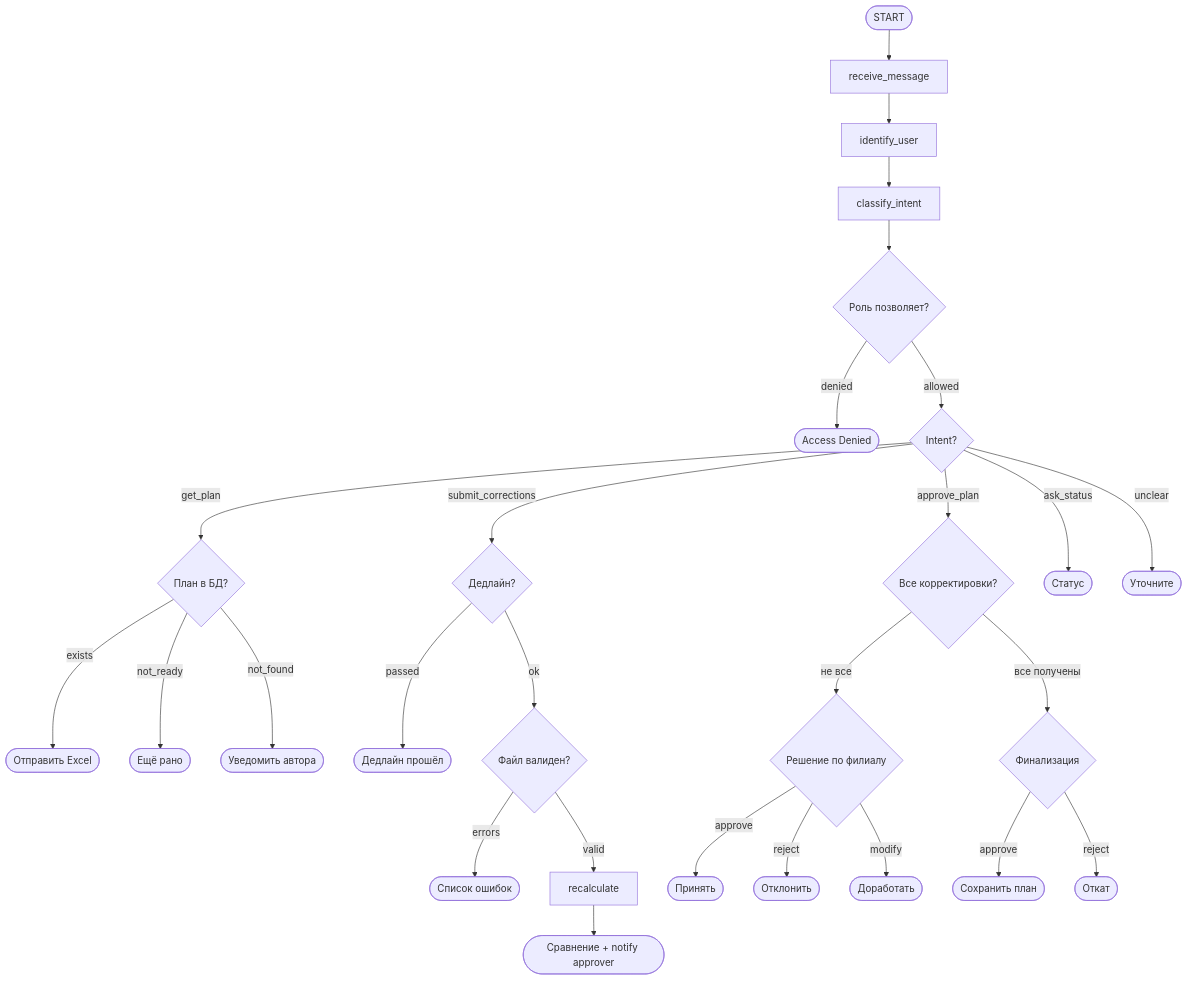
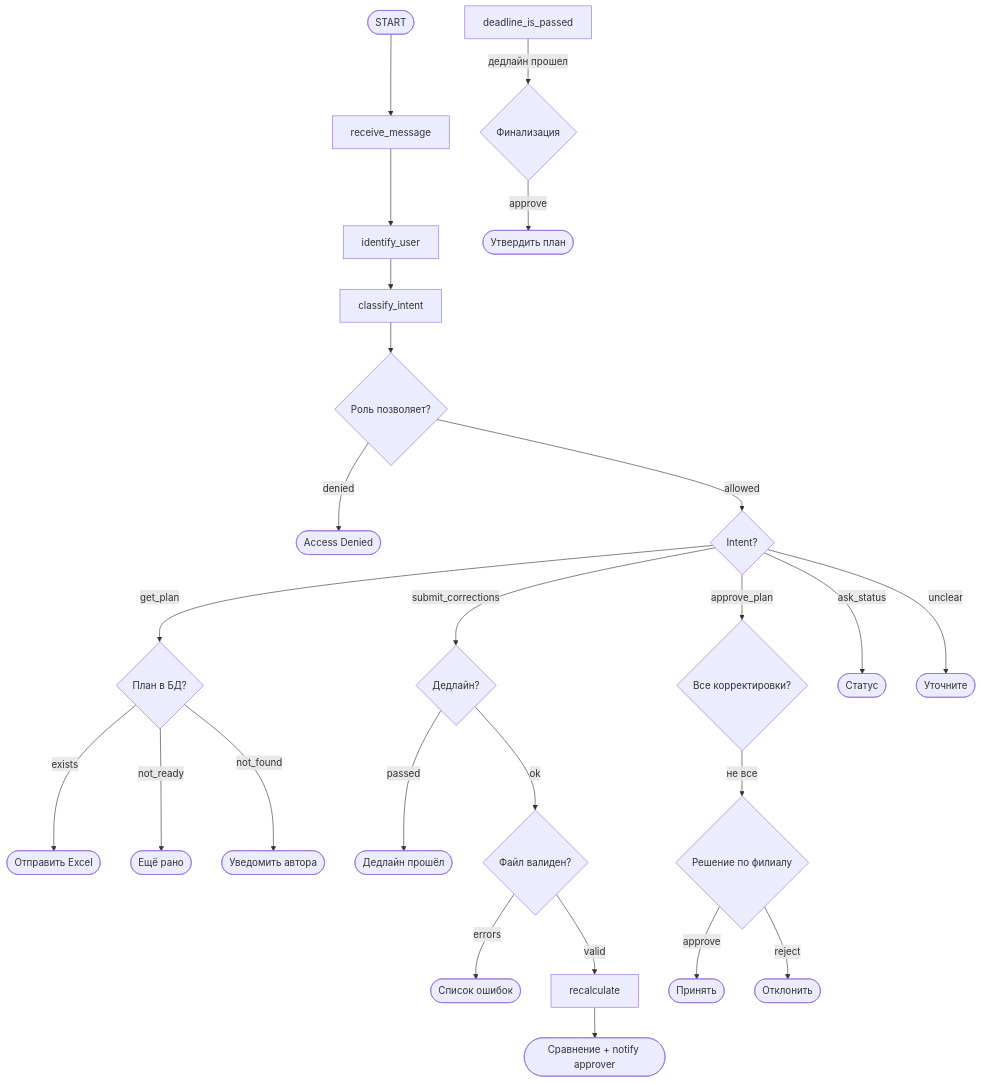
Before and after one commit to WhatSoNot7/ad-placement-agent: the diagram in README.md, drawn with Mermaid. The commit also changed other lines of this file and 9 other files, not shown here.

````diff
--- a/README.md
+++ b/README.md
@@ -39,34 +39,32 @@
 ```mermaid
 graph TD
     START([START]) --> receive_message
     receive_message --> identify_user
     identify_user --> classify_intent
 
     classify_intent --> check_permissions{Роль позволяет?}
     check_permissions -->|denied| respond_denied([Access Denied])
 
     check_permissions -->|allowed| route_intent{Intent?}
 
     route_intent -->|get_plan| check_plan{План в БД?}
     check_plan -->|exists| export_excel([Отправить Excel])
     check_plan -->|not_ready| respond_early([Ещё рано])
     check_plan -->|not_found| offer_notify([Уведомить автора])
 
     route_intent -->|submit_corrections| check_deadline{Дедлайн?}
     check_deadline -->|passed| respond_deadline([Дедлайн прошёл])
     check_deadline -->|ok| validate_excel{Файл валиден?}
     validate_excel -->|errors| respond_errors([Список ошибок])
     validate_excel -->|valid| recalculate --> comparison([Сравнение + notify approver])
 
     route_intent -->|approve_plan| check_all{Все корректировки?}
     check_all -->|не все| partial_decision{Решение по филиалу}
     partial_decision -->|approve| approve_branch([Принять])
     partial_decision -->|reject| reject_branch([Отклонить])
-    partial_decision -->|modify| request_modify([Доработать])
-    check_all -->|все получены| finalize_decision{Финализация}
-    finalize_decision -->|approve| finalize([Сохранить план])
-    finalize_decision -->|reject| reject_all([Откат])
+    deadline_is_passed -->|дедлайн прошел| finalize_decision{Финализация}
+    finalize_decision -->|approve| finalize([Утвердить план])
 
     route_intent -->|ask_status| respond_status([Статус])
     route_intent -->|unclear| respond_clarify([Уточните])
 ```
````
